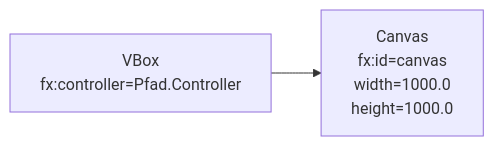
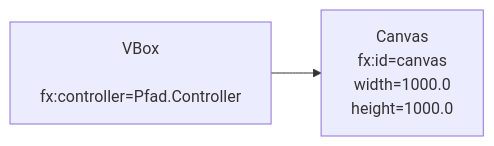
One commit to jappuccini/java-docs changed the second of 2 diagrams in docs/exercises/javafx/javafx07.md. Above: the diagram before and after it, drawn with Mermaid. The commit also changed 64 other files, not shown here.

````diff
--- a/docs/exercises/javafx/javafx07.md
+++ b/docs/exercises/javafx/javafx07.md
@@ -58,7 +58,11 @@
 ```mermaid
 flowchart LR
-	vbox[VBox\nfx:controller=Pfad.Controller]
-	canvas[Canvas\nfx:id=canvas\nwidth=1000.0\nheight=1000.0]
+	vbox[VBox
+	     fx:controller=Pfad.Controller]
+	canvas[Canvas
+	       fx:id=canvas
+	       width=1000.0
+	       height=1000.0]
 
     vbox --> canvas
 ```
````
